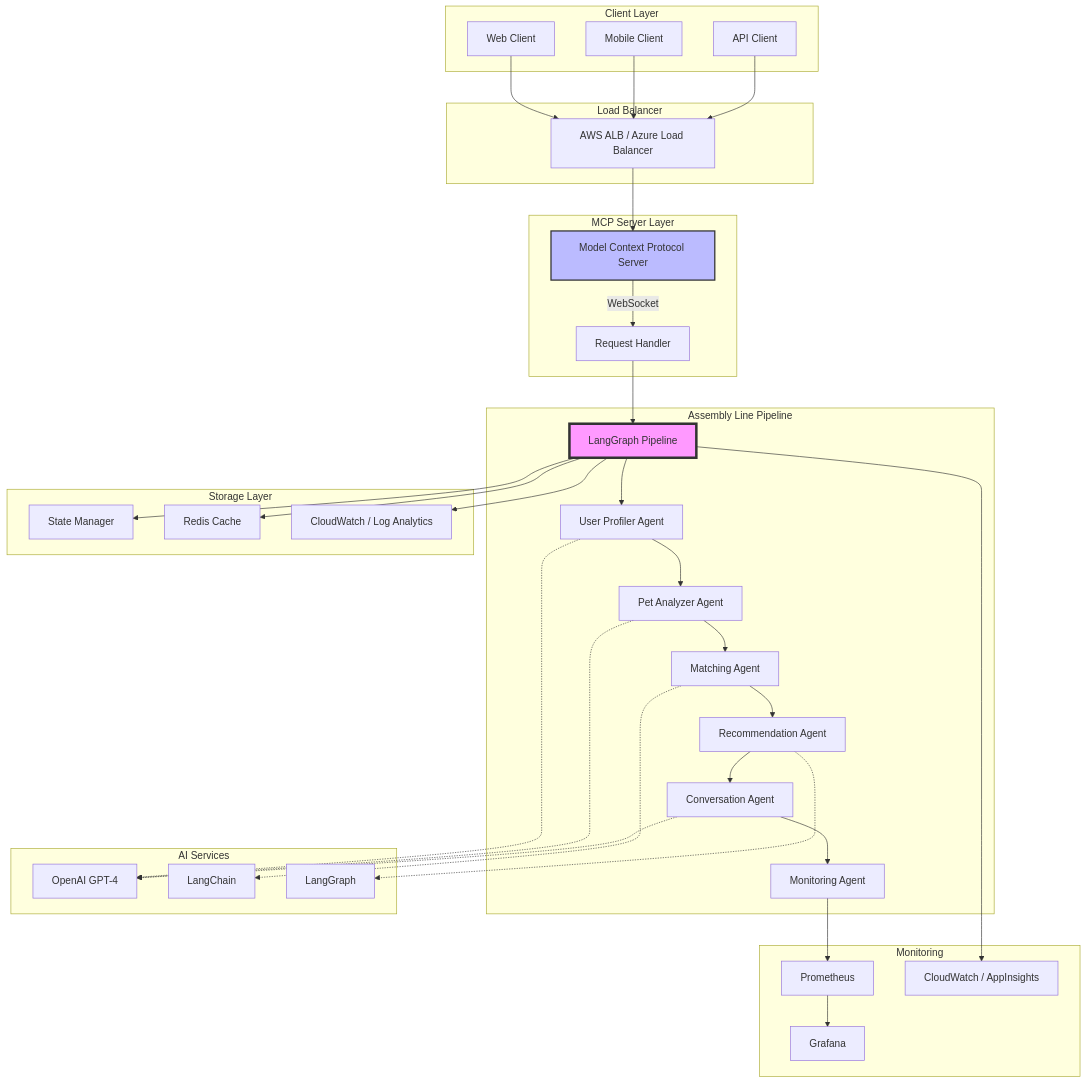
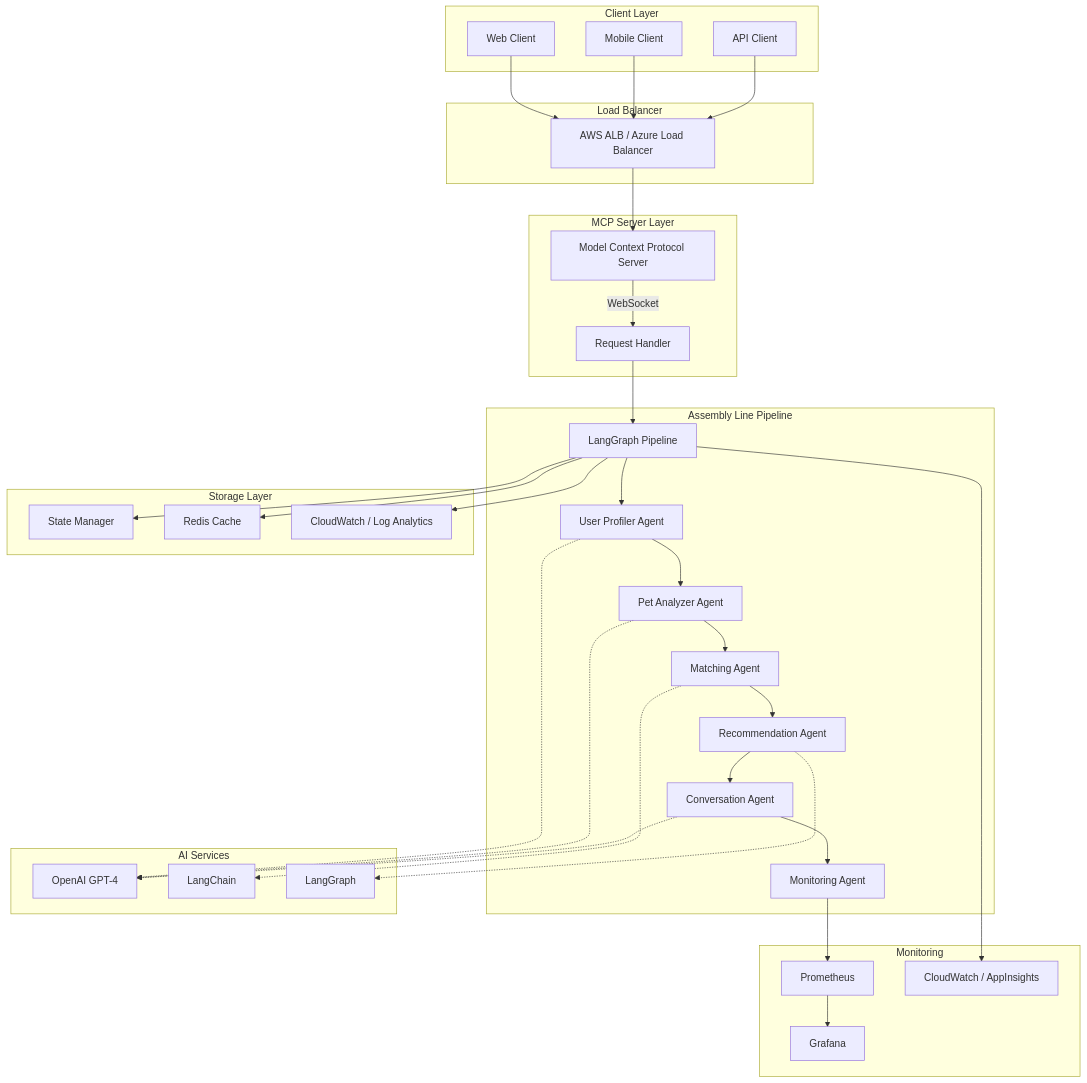
The first of 8 diagrams in agentic_ai/README.md (hoangsonww/PetSwipe-Match-App), drawn with Mermaid before and after one commit. The commit also changed other lines of this file, not shown here.

````diff
--- a/agentic_ai/README.md
+++ b/agentic_ai/README.md
@@ -58,68 +58,65 @@
 ```mermaid
 graph TB
     subgraph "Client Layer"
         A[Web Client]
         B[Mobile Client]
         C[API Client]
     end
 
     subgraph "Load Balancer"
         LB[AWS ALB / Azure Load Balancer]
     end
 
     subgraph "MCP Server Layer"
         MCP[Model Context Protocol Server]
         MCP --> |WebSocket| Handler[Request Handler]
     end
 
     subgraph "Assembly Line Pipeline"
         Handler --> Pipeline[LangGraph Pipeline]
 
         Pipeline --> Agent1[User Profiler Agent]
         Agent1 --> Agent2[Pet Analyzer Agent]
         Agent2 --> Agent3[Matching Agent]
         Agent3 --> Agent4[Recommendation Agent]
         Agent4 --> Agent5[Conversation Agent]
         Agent5 --> Agent6[Monitoring Agent]
     end
 
     subgraph "AI Services"
         OpenAI[OpenAI GPT-4]
         LangChain[LangChain]
         LangGraph[LangGraph]
     end
 
     subgraph "Storage Layer"
         State[State Manager]
         Cache[Redis Cache]
         Logs[CloudWatch / Log Analytics]
     end
 
     subgraph "Monitoring"
         Prometheus[Prometheus]
         Grafana[Grafana]
         CloudWatch[CloudWatch / AppInsights]
     end
 
     A --> LB
     B --> LB
     C --> LB
     LB --> MCP
 
     Agent1 -.-> OpenAI
     Agent2 -.-> OpenAI
     Agent3 -.-> LangChain
     Agent4 -.-> LangGraph
     Agent5 -.-> OpenAI
 
     Pipeline --> State
     Pipeline --> Cache
     Pipeline --> Logs
 
     Agent6 --> Prometheus
     Prometheus --> Grafana
     Pipeline --> CloudWatch
-
-    style Pipeline fill:#f9f,stroke:#333,stroke-width:4px
-    style MCP fill:#bbf,stroke:#333,stroke-width:2px
 ```
````
